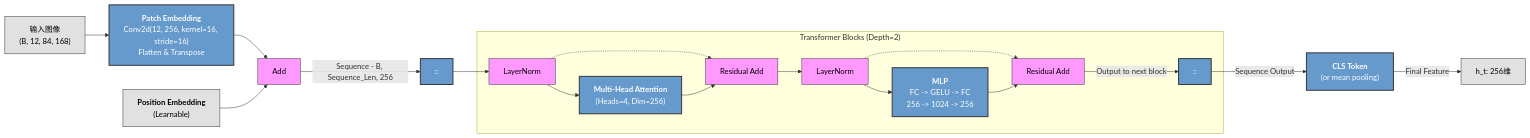
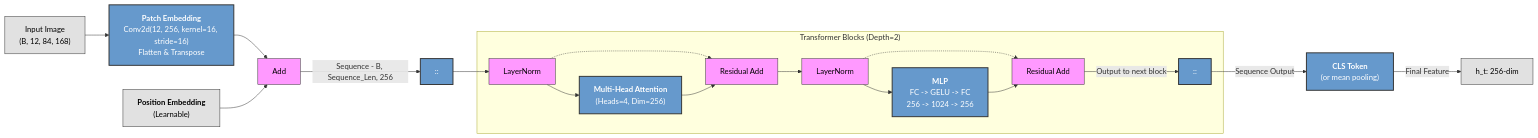
Before and after one commit to jxxxuan/FYP: the third of 4 diagrams in FYP_Project/mermaid/mermaid.md, drawn with Mermaid. The commit also changed other lines of this file and 19 other files, not shown here.

````diff
--- a/FYP_Project/mermaid/mermaid.md
+++ b/FYP_Project/mermaid/mermaid.md
@@ -116,45 +116,45 @@
 ```mermaid
 graph LR
-    %% 定义样式
+    %% Style Definitions
     classDef data fill:#e1e1e1,stroke:#333,stroke-width:1px,color:black;
     classDef layer fill:#69c,stroke:#333,stroke-width:2px,color:white;
     classDef proc fill:#f9f,stroke:#333,stroke-width:1px,color:black;
 
-    IN["输入图像<br/>(B, 12, 84, 168)"]:::data
+    IN["Input Image<br/>(B, 12, 84, 168)"]:::data
 
     PE["<b>Patch Embedding</b><br/>Conv2d(12, 256, kernel=16, stride=16)<br/>Flatten & Transpose"]:::layer
     POS["<b>Position Embedding</b><br/>(Learnable)"]:::data
     ADD[Add]:::proc
     
     IN --> PE
     PE --> ADD
     POS --> ADD
     
-    %% 核心修正：移除引号，确保括号前后有空格
+    %% Core Correction: remove quotes, ensure space before/after parentheses
     ADD -->| Sequence - B, Sequence_Len, 256 | TB_START[::]:::layer
     
     subgraph Transformer_Blocks ["Transformer Blocks (Depth=2)"]
         LN1[LayerNorm]:::proc
         MHA["<b>Multi-Head Attention</b><br/>(Heads=4, Dim=256)"]:::layer
         LN2[LayerNorm]:::proc
         MLP["<b>MLP</b><br/>FC -> GELU -> FC<br/>256 -> 1024 -> 256"]:::layer
         RES1[Residual Add]:::proc
         RES2[Residual Add]:::proc
         
         LN1 --> MHA
         LN1 -.-> RES1
         MHA --> RES1
         
         RES1 --> LN2
         LN2 --> MLP
         LN2 -.-> RES2
         MLP --> RES2
         
         RES2 -->| Output to next block | TB_END[::]:::layer
     end
     
     TB_START --> LN1
     
     TB_END -->| Sequence Output | CLS["<b>CLS Token</b><br/>(or mean pooling)"]:::layer
-    CLS -->| Final Feature | OUT["h_t: 256维"]:::data
+    CLS -->| Final Feature | OUT["h_t: 256-dim"]:::data
 ```
````
